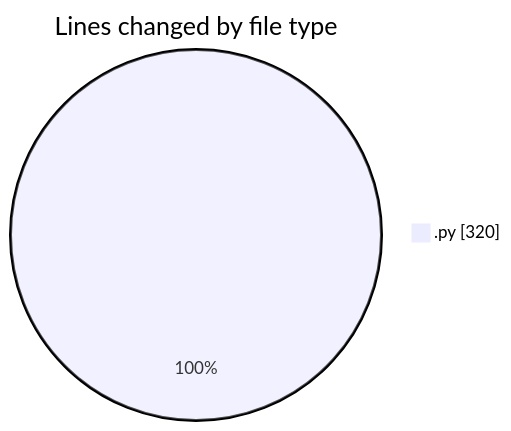
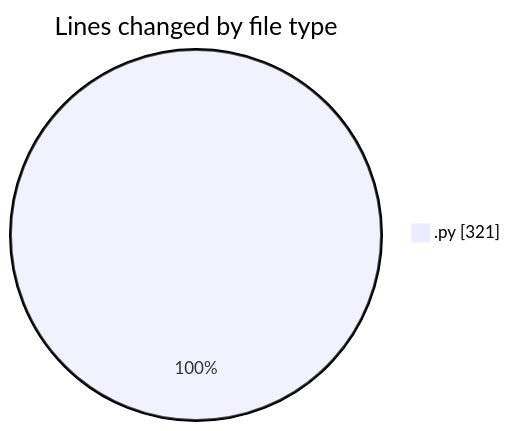
One commit to MatusMokan/code-tracking changed the first of 2 diagrams in 2025-01-12/myws__workspace_/README.md. Above: the diagram before and after it, drawn with Mermaid. The commit also changed other lines of this file and 1 other file, not shown here.

````diff
--- a/2025-01-12/myws__workspace_/README.md
+++ b/2025-01-12/myws__workspace_/README.md
@@ -21,5 +21,5 @@
 ```mermaid
 pie showData
 title Lines changed by file type
-".py" : 320
+".py" : 321
 ```
````
